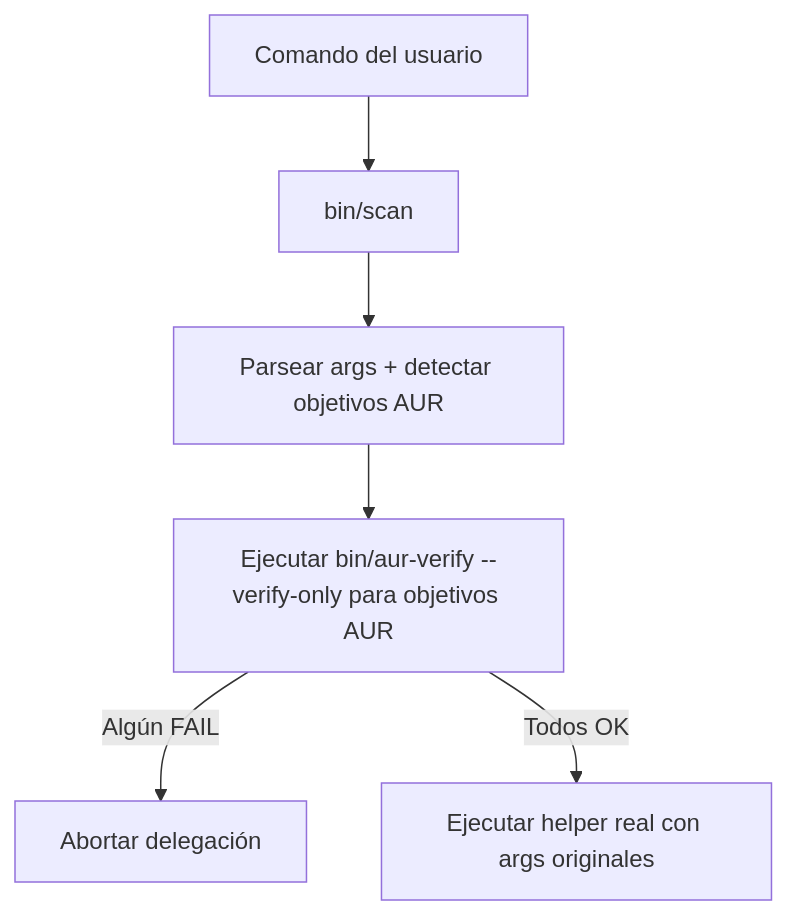
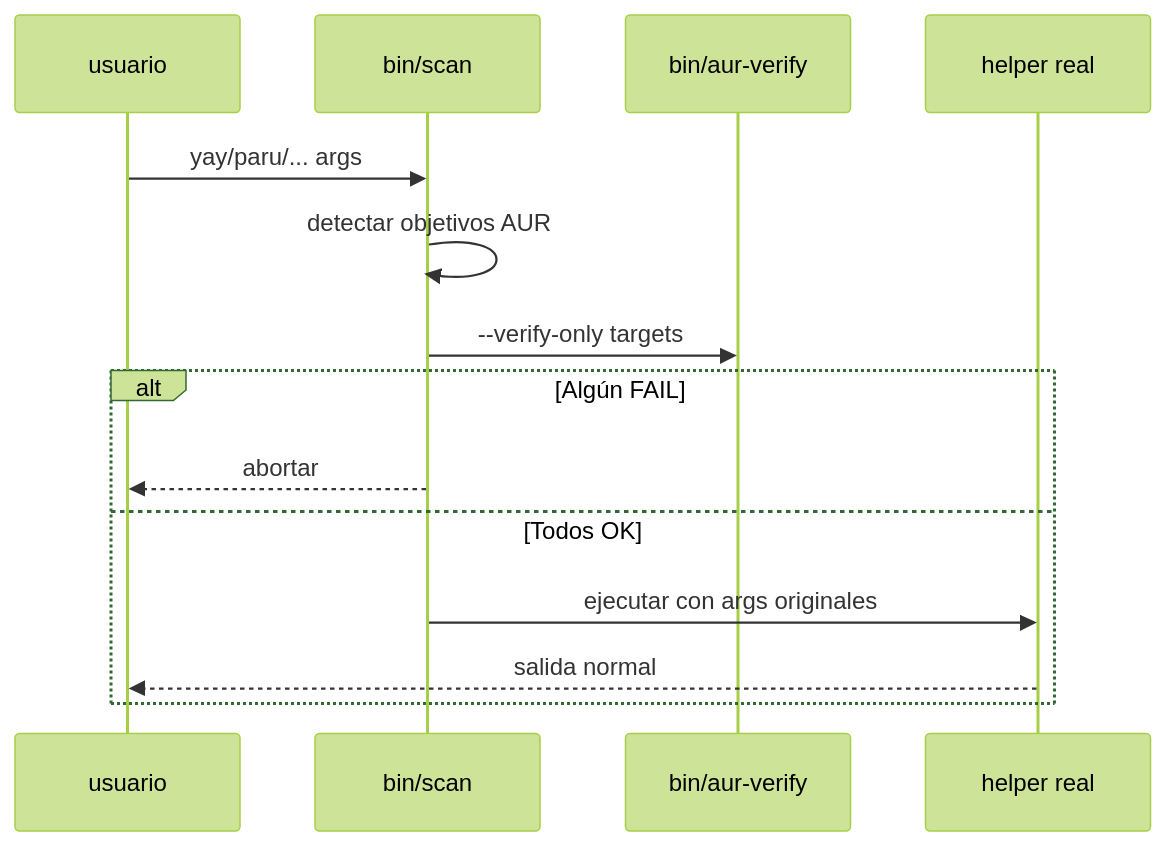
The ninth of 10 diagrams in docs/developer/README.dev.es.md (LuigiD5555/aur_scanner), drawn with Mermaid before and after one commit. The commit also changed other lines of this file and 2 other files, not shown here.

````diff
--- a/docs/developer/README.dev.es.md
+++ b/docs/developer/README.dev.es.md
@@ -963,8 +425,17 @@
 ```mermaid
-flowchart TD
-    UserCmd[Comando del usuario] --> Guard[bin/scan]
-    Guard --> Parse[Parsear args + detectar objetivos AUR]
-    Parse --> Verify[Ejecutar bin/aur-verify --verify-only para objetivos AUR]
-    Verify -->|Algún FAIL| Abort[Abortar delegación]
-    Verify -->|Todos OK| Delegate[Ejecutar helper real con args originales]
+%%{init: {"theme": "forest", "handDrawn": true}}%%
+sequenceDiagram
+    participant Usuario as usuario
+    participant Guard as bin/scan
+    participant Verify as bin/aur-verify
+    participant Helper as helper real
+    Usuario->>Guard: yay/paru/... args
+    Guard->>Guard: detectar objetivos AUR
+    Guard->>Verify: --verify-only targets
+    alt Algún FAIL
+        Guard-->>Usuario: abortar
+    else Todos OK
+        Guard->>Helper: ejecutar con args originales
+        Helper-->>Usuario: salida normal
+    end
 ```
````
